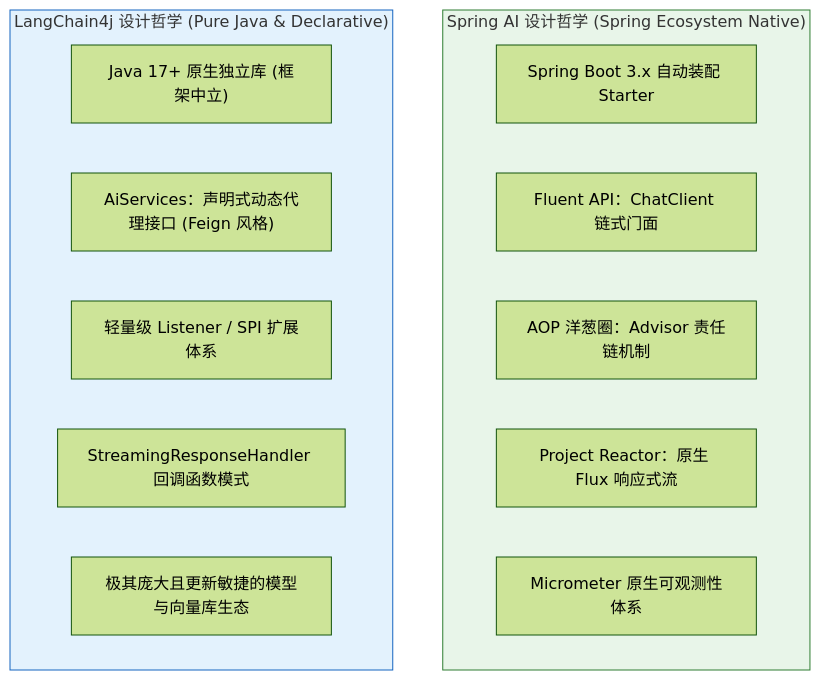
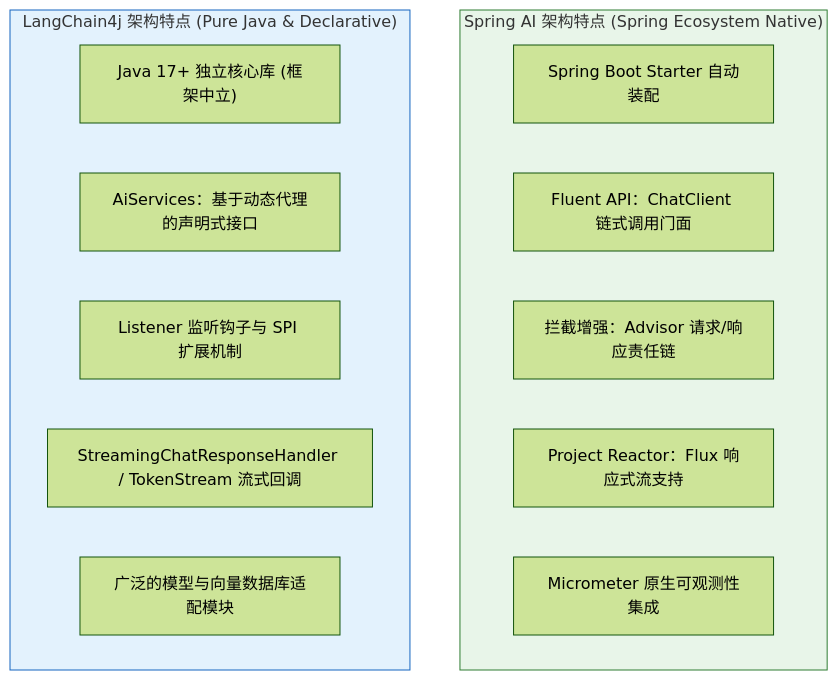
The first of 2 diagrams in 10-AI应用开发/02-框架-SpringAI与LangChain4j/01-SpringAI与LangChain4j对比.md (GuoWWWX/knowledge-base), drawn with Mermaid (forest theme) before and after one commit. The commit also changed other lines of this file and 251 other files, not shown here.

````diff
--- a/10-AI应用开发/02-框架-SpringAI与LangChain4j/01-SpringAI与LangChain4j对比.md
+++ b/10-AI应用开发/02-框架-SpringAI与LangChain4j/01-SpringAI与LangChain4j对比.md
@@ -34,21 +24,21 @@
 ```mermaid
 graph TD
-    subgraph SpringAI["Spring AI 设计哲学 (Spring Ecosystem Native)"]
-        S_BOOT["Spring Boot 3.x 自动装配 Starter"]
-        S_API["Fluent API：ChatClient 链式门面"]
-        S_AOP["AOP 洋葱圈：Advisor 责任链机制"]
-        S_REACTIVE["Project Reactor：原生 Flux 响应式流"]
-        S_OBS["Micrometer 原生可观测性体系"]
+    subgraph SpringAI["Spring AI 架构特点 (Spring Ecosystem Native)"]
+        S_BOOT["Spring Boot Starter 自动装配"]
+        S_API["Fluent API：ChatClient 链式调用门面"]
+        S_AOP["拦截增强：Advisor 请求/响应责任链"]
+        S_REACTIVE["Project Reactor：Flux 响应式流支持"]
+        S_OBS["Micrometer 原生可观测性集成"]
     end
 
-    subgraph LC4J["LangChain4j 设计哲学 (Pure Java & Declarative)"]
-        L_STAND["Java 17+ 原生独立库 (框架中立)"]
-        L_API["AiServices：声明式动态代理接口 (Feign 风格)"]
-        L_EXT["轻量级 Listener / SPI 扩展体系"]
-        L_STREAM["StreamingResponseHandler 回调函数模式"]
-        L_MODEL["极其庞大且更新敏捷的模型与向量库生态"]
+    subgraph LC4J["LangChain4j 架构特点 (Pure Java & Declarative)"]
+        L_STAND["Java 17+ 独立核心库 (框架中立)"]
+        L_API["AiServices：基于动态代理的声明式接口"]
+        L_EXT["Listener 监听钩子与 SPI 扩展机制"]
+        L_STREAM["StreamingChatResponseHandler / TokenStream 流式回调"]
+        L_MODEL["广泛的模型与向量数据库适配模块"]
     end
 
     style SpringAI fill:#e8f5e9,stroke:#2e7d32,stroke-width:1px
     style LC4J fill:#e3f2fd,stroke:#1565c0,stroke-width:1px
 ```
````
